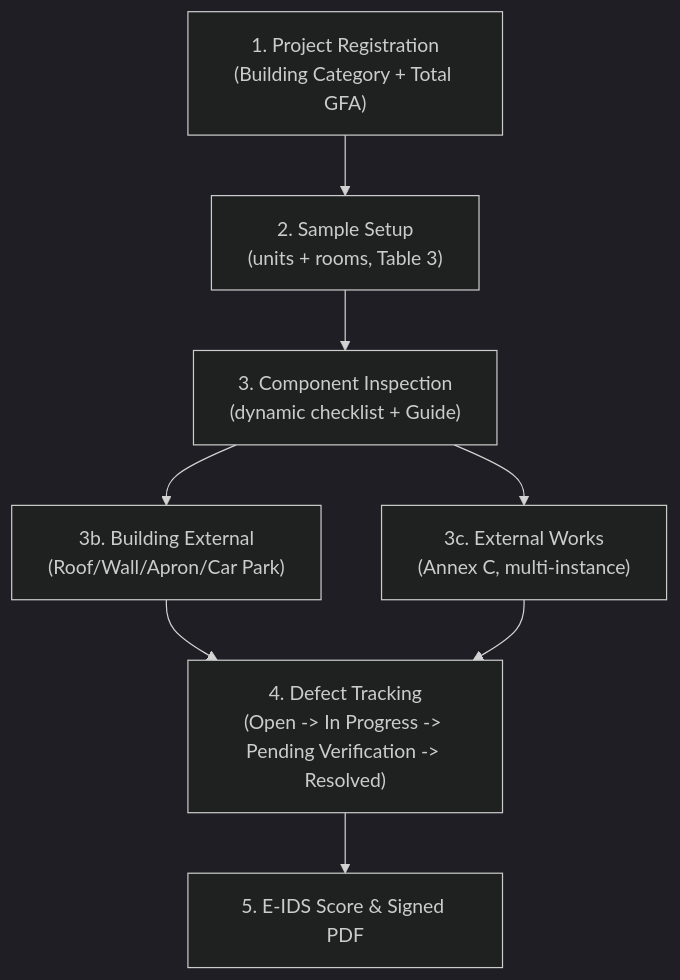
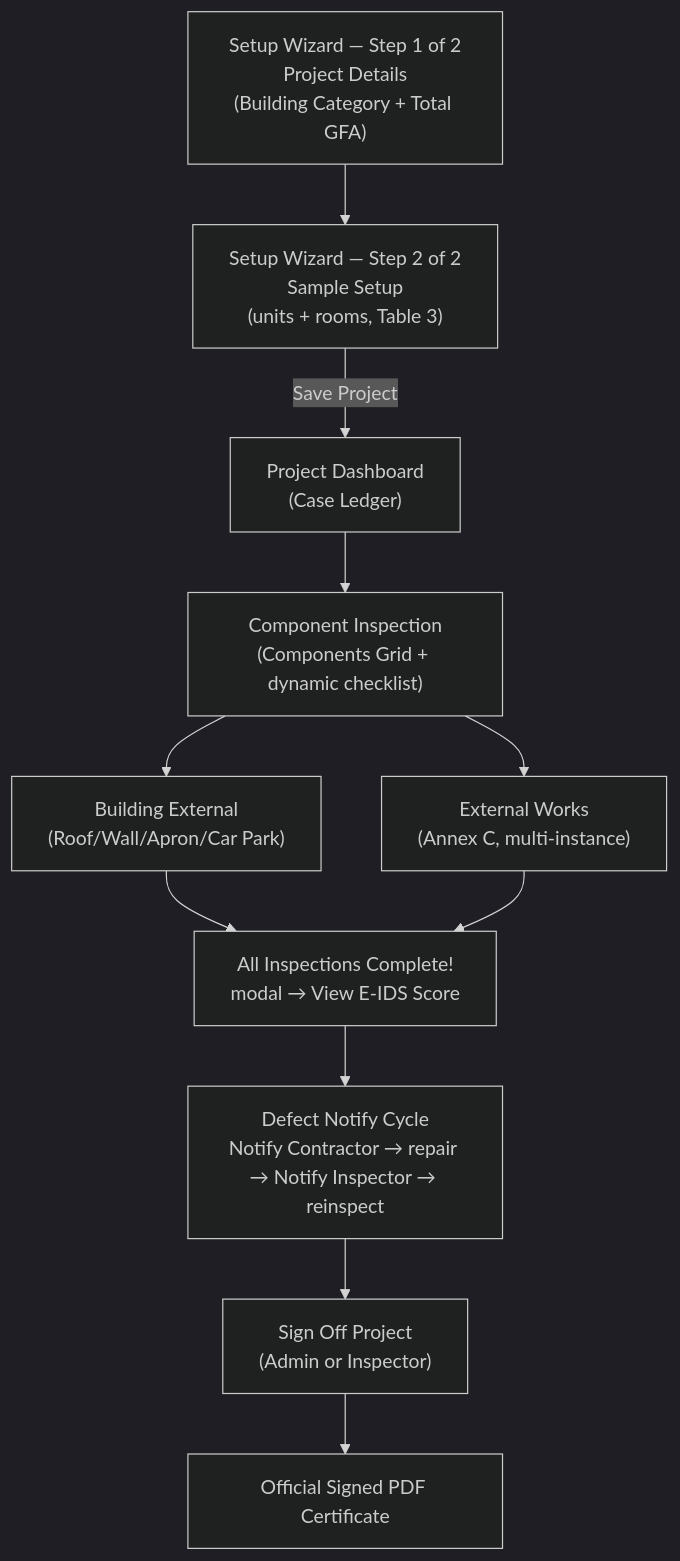
One commit to muqrizmarzuki/eidsv2 changed the first of 4 diagrams in docs/USER_MANUAL.md. Above: the diagram before and after it, drawn with Mermaid (dark theme). The commit also changed other lines of this file and 9 other files, not shown here.

````diff
--- a/docs/USER_MANUAL.md
+++ b/docs/USER_MANUAL.md
@@ -16,10 +18,13 @@
 ```mermaid
 flowchart TD
-    A["1. Project Registration<br/>(Building Category + Total GFA)"] --> B["2. Sample Setup<br/>(units + rooms, Table 3)"]
-    B --> C["3. Component Inspection<br/>(dynamic checklist + Guide)"]
-    C --> D["3b. Building External<br/>(Roof/Wall/Apron/Car Park)"]
-    C --> E["3c. External Works<br/>(Annex C, multi-instance)"]
-    D --> F["4. Defect Tracking<br/>(Open -> In Progress -> Pending Verification -> Resolved)"]
-    E --> F
-    F --> G["5. E-IDS Score & Signed PDF"]
+    A["Setup Wizard — Step 1 of 2<br/>Project Details<br/>(Building Category + Total GFA)"] --> B["Setup Wizard — Step 2 of 2<br/>Sample Setup<br/>(units + rooms, Table 3)"]
+    B -->|"Save Project"| C["Project Dashboard<br/>(Case Ledger)"]
+    C --> D["Component Inspection<br/>(Components Grid + dynamic checklist)"]
+    D --> D2["Building External<br/>(Roof/Wall/Apron/Car Park)"]
+    D --> D3["External Works<br/>(Annex C, multi-instance)"]
+    D2 --> E["All Inspections Complete!<br/>modal → View E-IDS Score"]
+    D3 --> E
+    E --> F["Defect Notify Cycle<br/>Notify Contractor → repair → Notify Inspector → reinspect"]
+    F --> G["Sign Off Project<br/>(Admin or Inspector)"]
+    G --> H["Official Signed PDF Certificate"]
 ```
````
